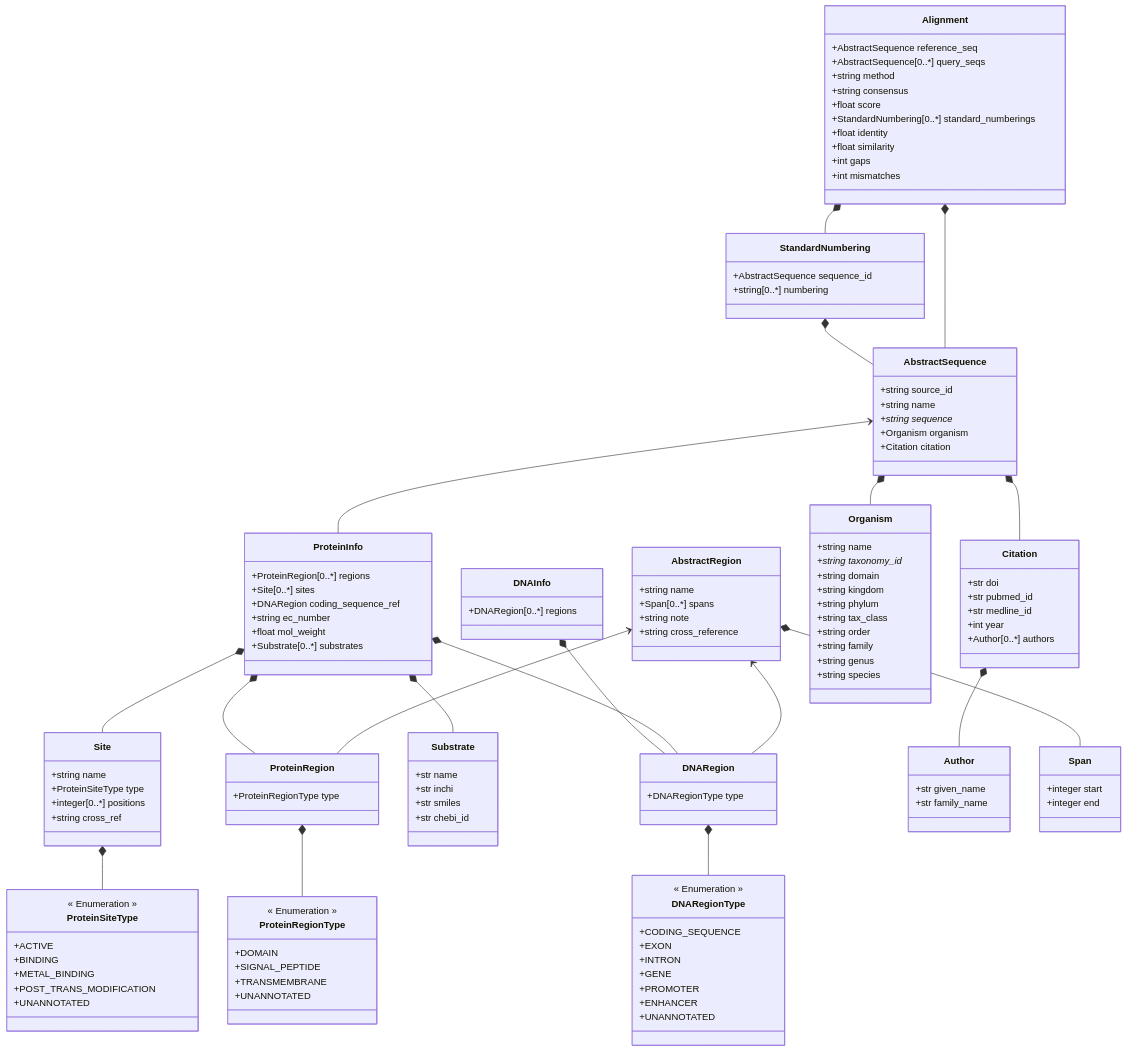
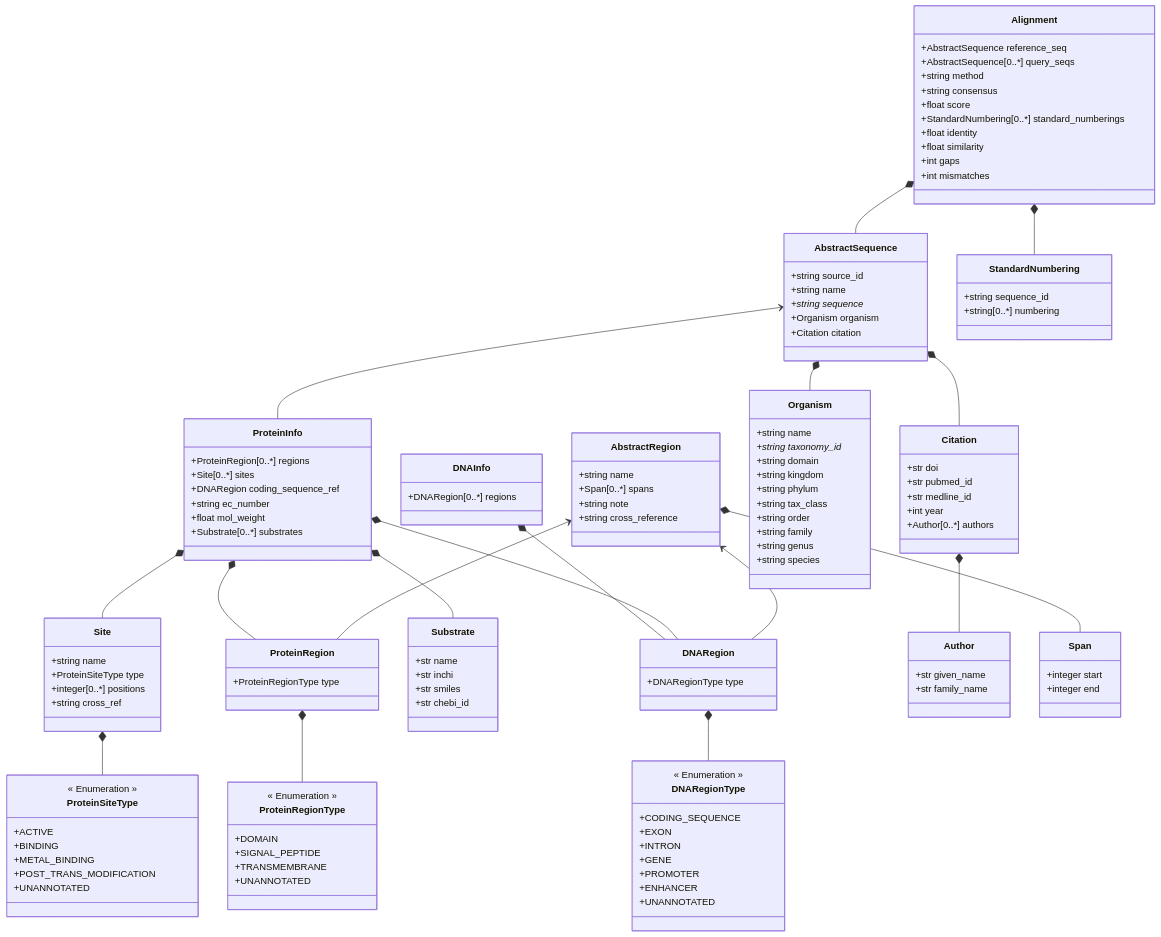
The diagram in pyEED/schemes/pyeed_schema.md (PyEED/pyeed), drawn with Mermaid before and after one commit. The commit also changed 6 other files, not shown here.

```diff
--- a/pyEED/schemes/pyeed_schema.md
+++ b/pyEED/schemes/pyeed_schema.md
@@ -17,7 +17,6 @@
     Site *-- ProteinSiteType
     Alignment *-- AbstractSequence
     Alignment *-- StandardNumbering
-    StandardNumbering *-- AbstractSequence
     
     class AbstractSequence {
         +string source_id
@@ -114,7 +113,7 @@
     }
     
     class StandardNumbering {
-        +AbstractSequence sequence_id
+        +string sequence_id
         +string[0..*] numbering
     }
     
```
